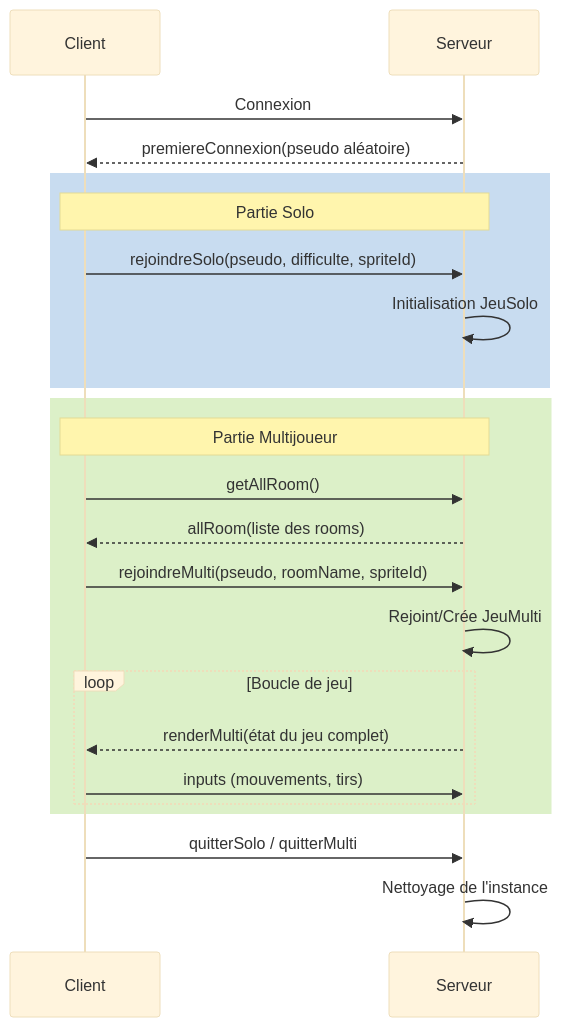
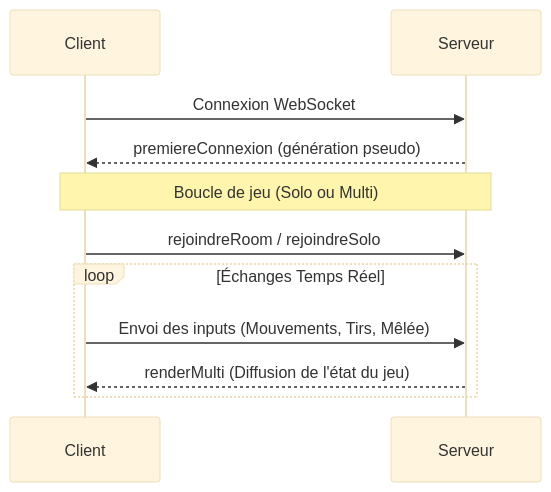
One commit to Rhapeuh/Crime.io changed the diagram in README.md. Above: the diagram before and after it, drawn with Mermaid (base theme). The commit also changed other lines of this file, not shown here.

````diff
--- a/README.md
+++ b/README.md
@@ -84,28 +23,14 @@
 ```mermaid
 sequenceDiagram
     participant C as Client
     participant S as Serveur
-    C->>S: Connexion
-    S-->>C: premiereConnexion(pseudo aléatoire)
+    C->>S: Connexion WebSocket
+    S-->>C: premiereConnexion (génération pseudo)
     
-    rect rgb(200, 220, 240)
-        Note over C,S: Partie Solo
-        C->>S: rejoindreSolo(pseudo, difficulte, spriteId)
-        S->>S: Initialisation JeuSolo
+    Note over C,S: Boucle de jeu (Solo ou Multi)
+    C->>S: rejoindreRoom / rejoindreSolo
+    loop Échanges Temps Réel
+        C->>S: Envoi des inputs (Mouvements, Tirs, Mêlée)
+        S-->>C: renderMulti (Diffusion de l'état du jeu)
     end
-
-    rect rgb(220, 240, 200)
-        Note over C,S: Partie Multijoueur
-        C->>S: getAllRoom()
-        S-->>C: allRoom(liste des rooms)
-        C->>S: rejoindreMulti(pseudo, roomName, spriteId)
-        S->>S: Rejoint/Crée JeuMulti
-        loop Boucle de jeu
-            S-->>C: renderMulti(état du jeu complet)
-            C->>S: inputs (mouvements, tirs)
-        end
-    end
-
-    C->>S: quitterSolo / quitterMulti
-    S->>S: Nettoyage de l'instance
 ```
````
